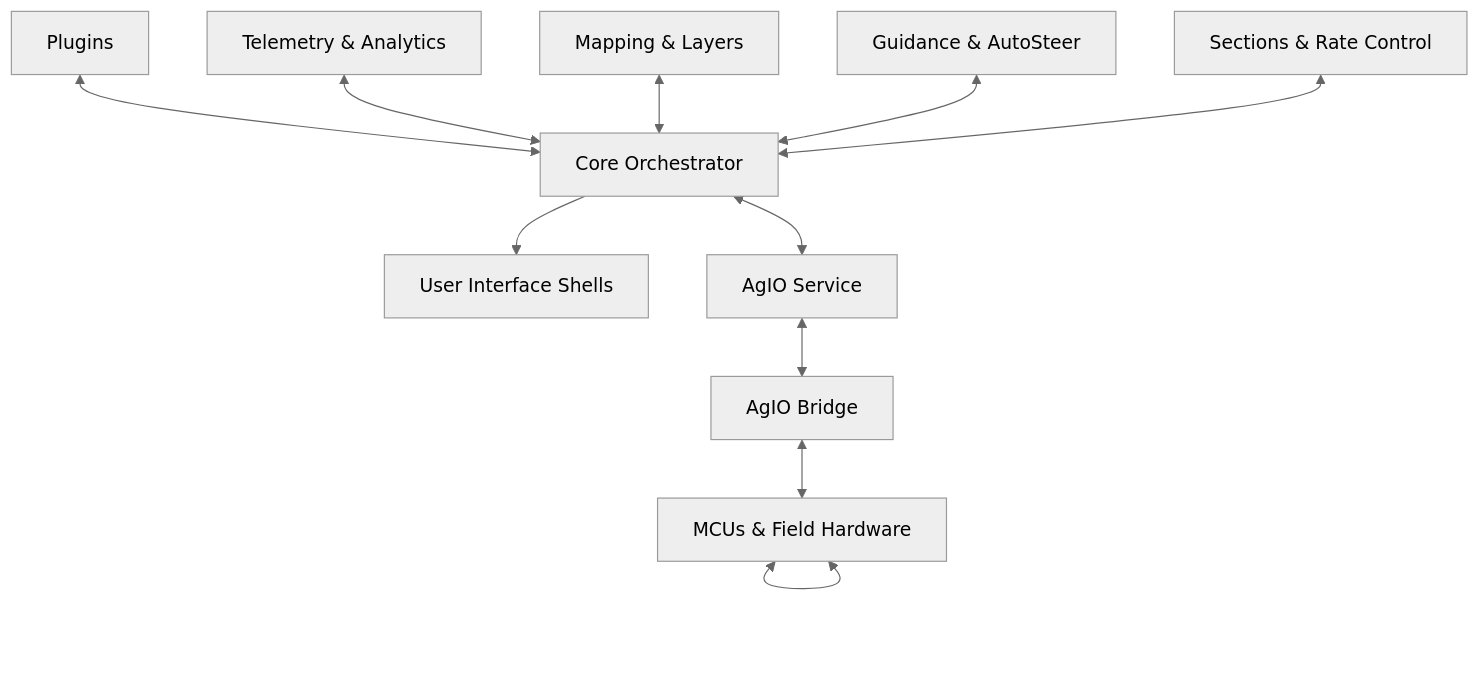
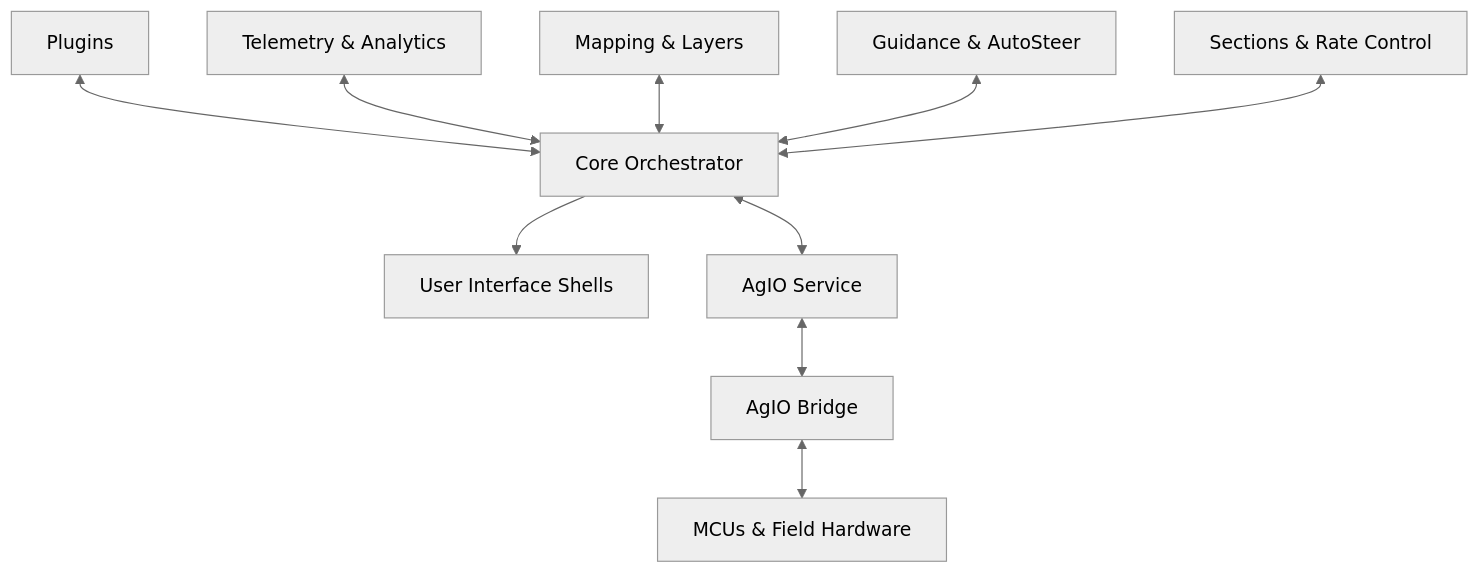
One commit to FortneyMFG/AgOpenGPS-Nexus changed the diagram in README.md. Above: the diagram before and after it, drawn with Mermaid (neutral theme).

Commit message:
Remove redundant MCUs reference in README
Removed redundant 'MCUs <--> MCUs' line from the README.

````diff
--- a/README.md
+++ b/README.md
@@ -15,24 +15,23 @@
 ```mermaid
 flowchart TD
     Core[Core Orchestrator]
     UI[User Interface Shells]
     Telemetry[Telemetry & Analytics]
     Mapping[Mapping & Layers]
     Guidance[Guidance & AutoSteer]
     Sections[Sections & Rate Control]
     Bridge[AgIO Bridge]
     AgIO[AgIO Service]
     MCUs[MCUs & Field Hardware]
 
     Core --> UI
     Plugins <--> Core
     Telemetry <--> Core
     Mapping <--> Core
     Guidance <--> Core
     Sections <--> Core
     Core <--> AgIO
     AgIO <--> Bridge
     Bridge <--> MCUs
-    MCUs <--> MCUs
     
 ```
````
